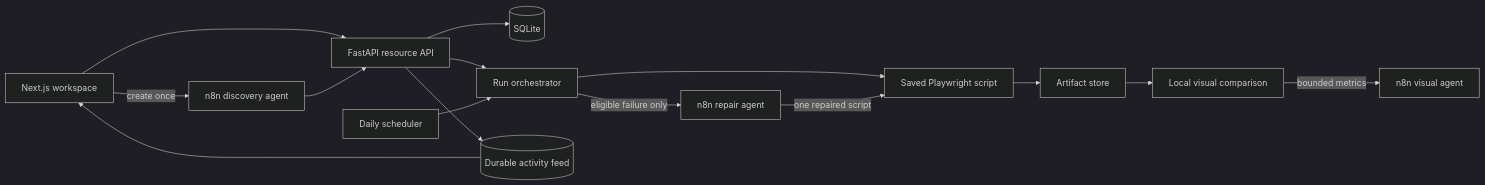
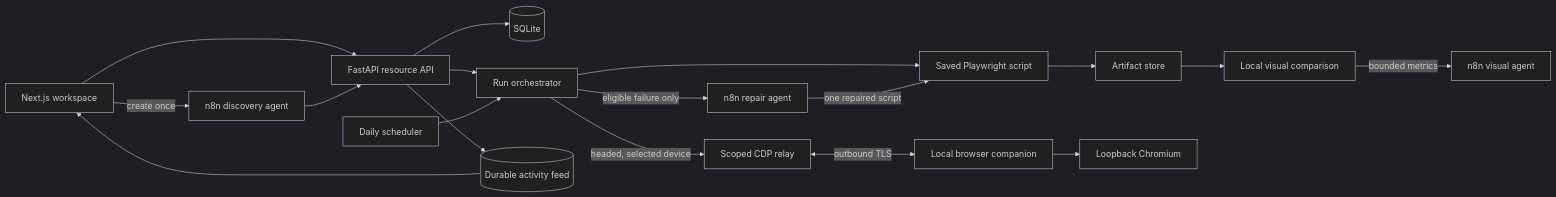
The first of 2 diagrams in ARCHITECTURE.md (ankitsachan697/c10_hackathon_group2_browser_agent), drawn with Mermaid (dark theme) before and after one commit. The commit also changed other lines of this file and 8 other files, not shown here.

Commit message:
docs: explain paired headed browser execution

````diff
--- a/ARCHITECTURE.md
+++ b/ARCHITECTURE.md
@@ -5,17 +5,20 @@
 ```mermaid
 flowchart LR
     UI[Next.js workspace] --> API[FastAPI resource API]
     API --> DB[(SQLite)]
     API --> ORCH[Run orchestrator]
     SCHED[Daily scheduler] --> ORCH
     ORCH --> PW[Saved Playwright script]
     PW --> STORE[Artifact store]
     ORCH -->|eligible failure only| REPAIR[n8n repair agent]
     REPAIR -->|one repaired script| PW
     UI -->|create once| GEN[n8n discovery agent]
     GEN --> API
     API --> EVENTS[(Durable activity feed)]
     EVENTS --> UI
     STORE --> VIS[Local visual comparison]
     VIS -->|bounded metrics| REVIEW[n8n visual agent]
+    ORCH -->|headed, selected device| RELAY[Scoped CDP relay]
+    RELAY <-->|outbound TLS| COMPANION[Local browser companion]
+    COMPANION --> CHROME[Loopback Chromium]
 ```
````
